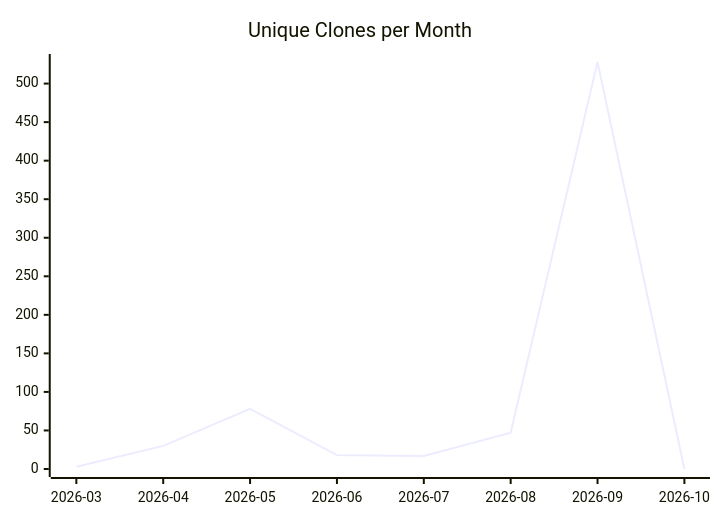
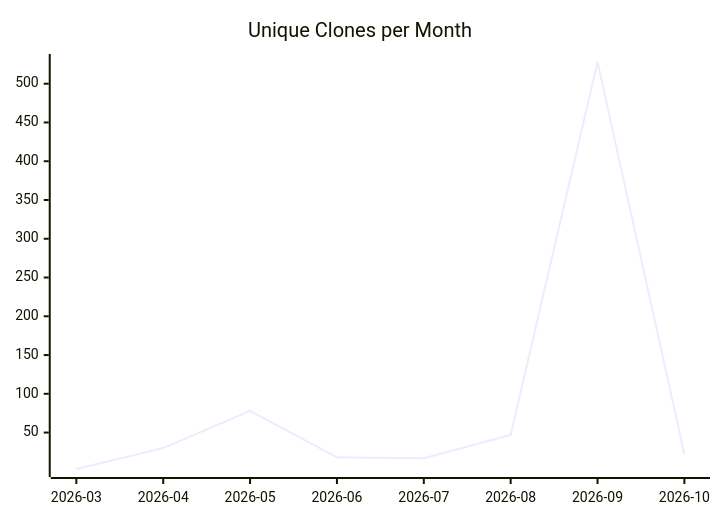
Before and after one commit to justdavis-family/github-analytics-data: the third of 3 diagrams in karlmdavis/justdavis-ansible/README.md, drawn with Mermaid. The commit also changed other lines of this file and 203 other files, not shown here.

````diff
--- a/karlmdavis/justdavis-ansible/README.md
+++ b/karlmdavis/justdavis-ansible/README.md
@@ -19,6 +19,6 @@
 ```mermaid
 xychart-beta
   title "Unique Clones per Month"
   x-axis ["2026-03", "2026-04", "2026-05", "2026-06", "2026-07", "2026-08", "2026-09", "2026-10"]
-  line [3, 30, 78, 18, 17, 47, 528, 0]
+  line [3, 30, 78, 18, 17, 47, 528, 22]
 ```
````
